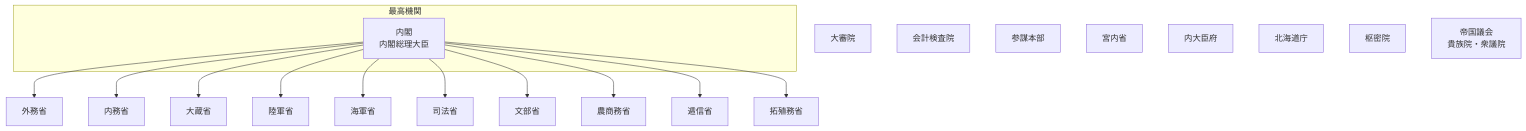
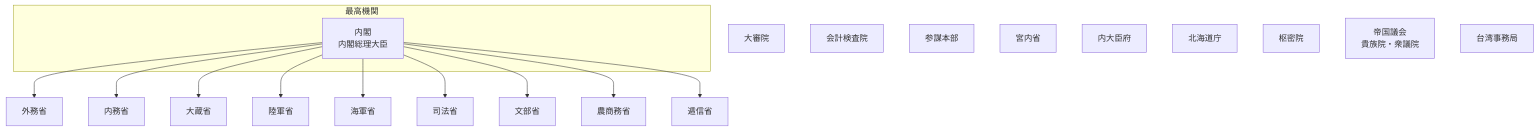
The diagram in README.md (tatemaru/jp-admin-org-chart), drawn with Mermaid before and after one commit. The commit also changed other lines of this file, not shown here.

First line of the commit message:
feat(拓殖務省): 拓殖務省を廃止し台湾事務局を再設置

````diff
--- a/README.md
+++ b/README.md
@@ -9,36 +9,35 @@
 ```mermaid
 flowchart TB
   subgraph top["最高機関"]
     Cab["内閣
 内閣総理大臣"]
   end
   Gaimu["外務省"]
   Cab --> Gaimu
   Naimu["内務省"]
   Cab --> Naimu
   Okura["大蔵省"]
   Cab --> Okura
   Rikugun["陸軍省"]
   Cab --> Rikugun
   Kaigun["海軍省"]
   Cab --> Kaigun
   Shiho["司法省"]
   Cab --> Shiho
   Mombu["文部省"]
   Cab --> Mombu
   Nosho["農商務省"]
   Cab --> Nosho
   Teishin["逓信省"]
   Cab --> Teishin
-  Takushoku["拓殖務省"]
-  Cab --> Takushoku
   Daishin["大審院"]
   Audit["会計検査院"]
   Sanbo["参謀本部"]
   Kunai["宮内省"]
   Naidaijin["内大臣府"]
   Hokkaido["北海道庁"]
   Privy["枢密院"]
   Diet["帝国議会
 貴族院・衆議院"]
+  TaiwanJim["台湾事務局"]
 ```
````
